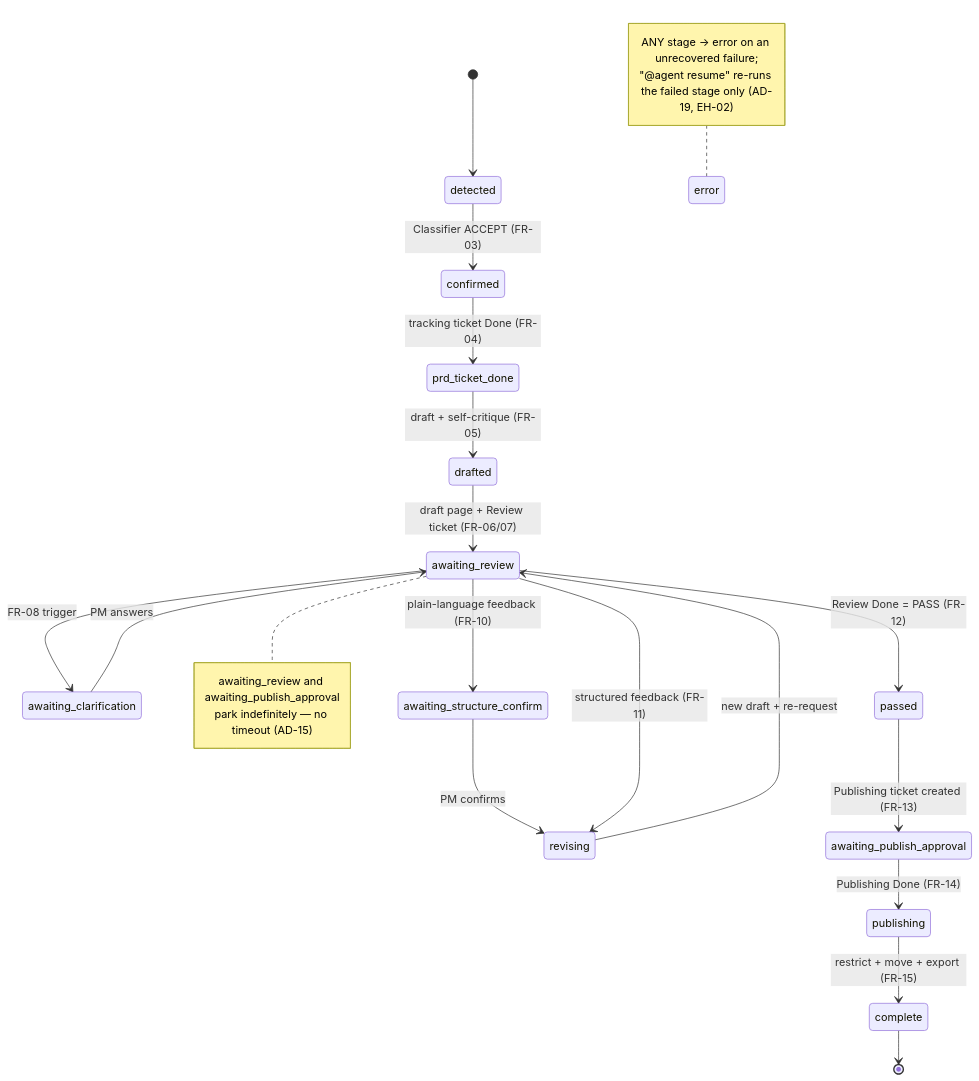
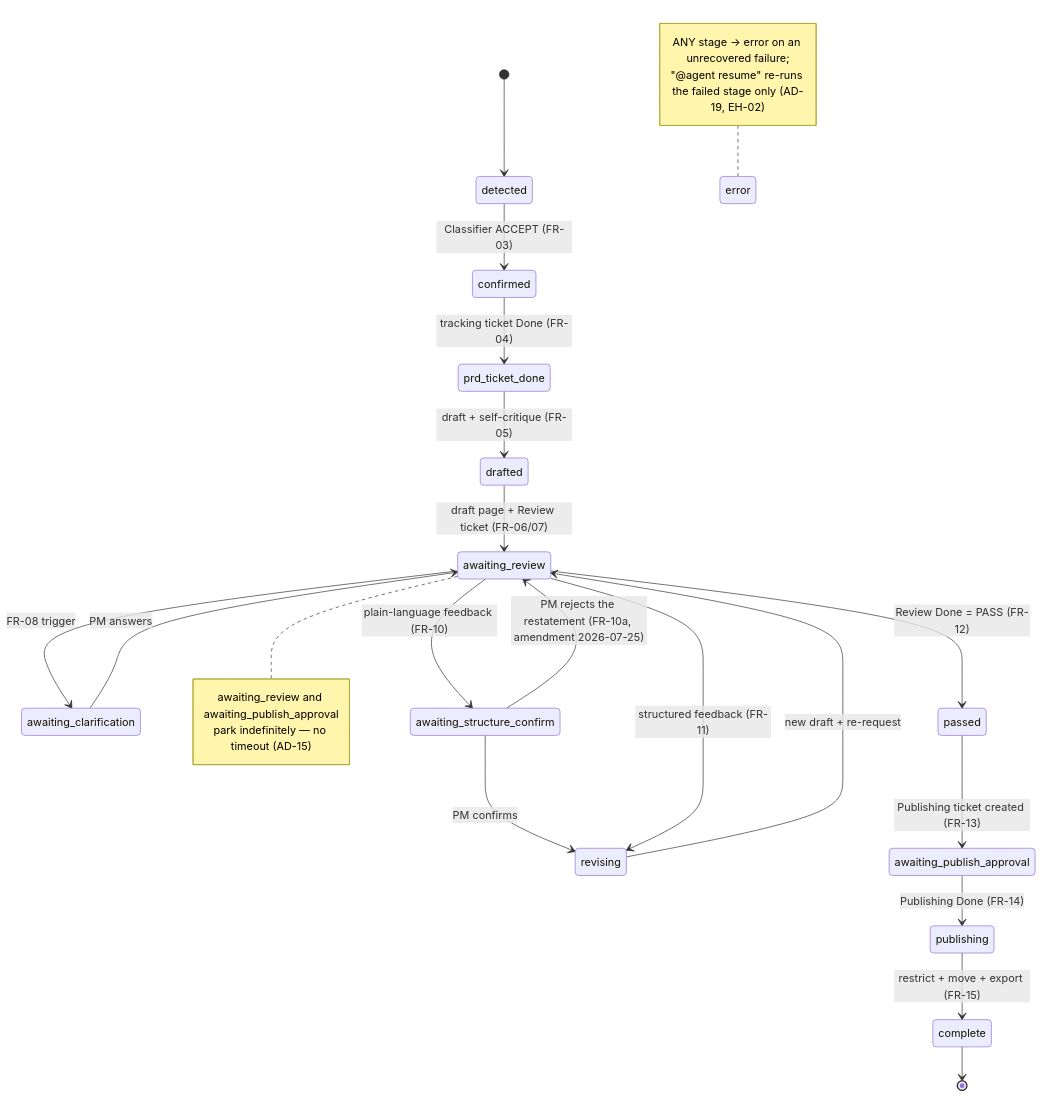
One commit to Nhansgithub/Agent_A changed the third of 4 diagrams in planning-artifacts/architecture/architecture-LeapXpert_AgentA-2026-07-23/solution-design.md. Above: the diagram before and after it, drawn with Mermaid. The commit also changed other lines of this file and 13 other files, not shown here.

````diff
--- a/planning-artifacts/architecture/architecture-LeapXpert_AgentA-2026-07-23/solution-design.md
+++ b/planning-artifacts/architecture/architecture-LeapXpert_AgentA-2026-07-23/solution-design.md
@@ -100,28 +102,29 @@
 ```mermaid
 stateDiagram-v2
     [*] --> detected
     detected --> confirmed: Classifier ACCEPT (FR-03)
     confirmed --> prd_ticket_done: tracking ticket Done (FR-04)
     prd_ticket_done --> drafted: draft + self-critique (FR-05)
     drafted --> awaiting_review: draft page + Review ticket (FR-06/07)
     awaiting_review --> awaiting_clarification: FR-08 trigger
     awaiting_clarification --> awaiting_review: PM answers
     awaiting_review --> awaiting_structure_confirm: plain-language feedback (FR-10)
     awaiting_structure_confirm --> revising: PM confirms
+    awaiting_structure_confirm --> awaiting_review: PM rejects the restatement (FR-10a, amendment 2026-07-25)
     awaiting_review --> revising: structured feedback (FR-11)
     revising --> awaiting_review: new draft + re-request
     awaiting_review --> passed: Review Done = PASS (FR-12)
     passed --> awaiting_publish_approval: Publishing ticket created (FR-13)
     awaiting_publish_approval --> publishing: Publishing Done (FR-14)
     publishing --> complete: restrict + move + export (FR-15)
     complete --> [*]
     error
     note right of awaiting_review
       awaiting_review and awaiting_publish_approval
       park indefinitely — no timeout (AD-15)
     end note
     note left of error
       ANY stage -> error on an unrecovered failure;
       "@agent resume" re-runs the failed stage only (AD-19, EH-02)
     end note
 ```
````
